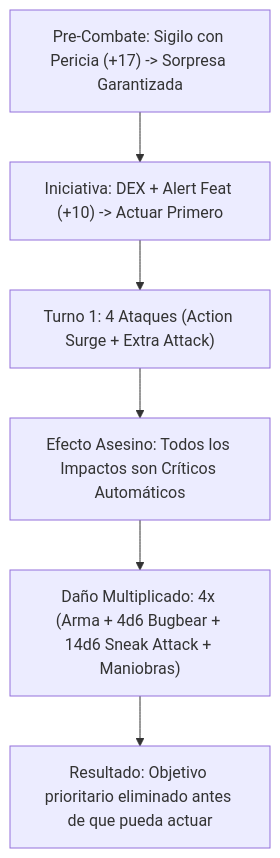
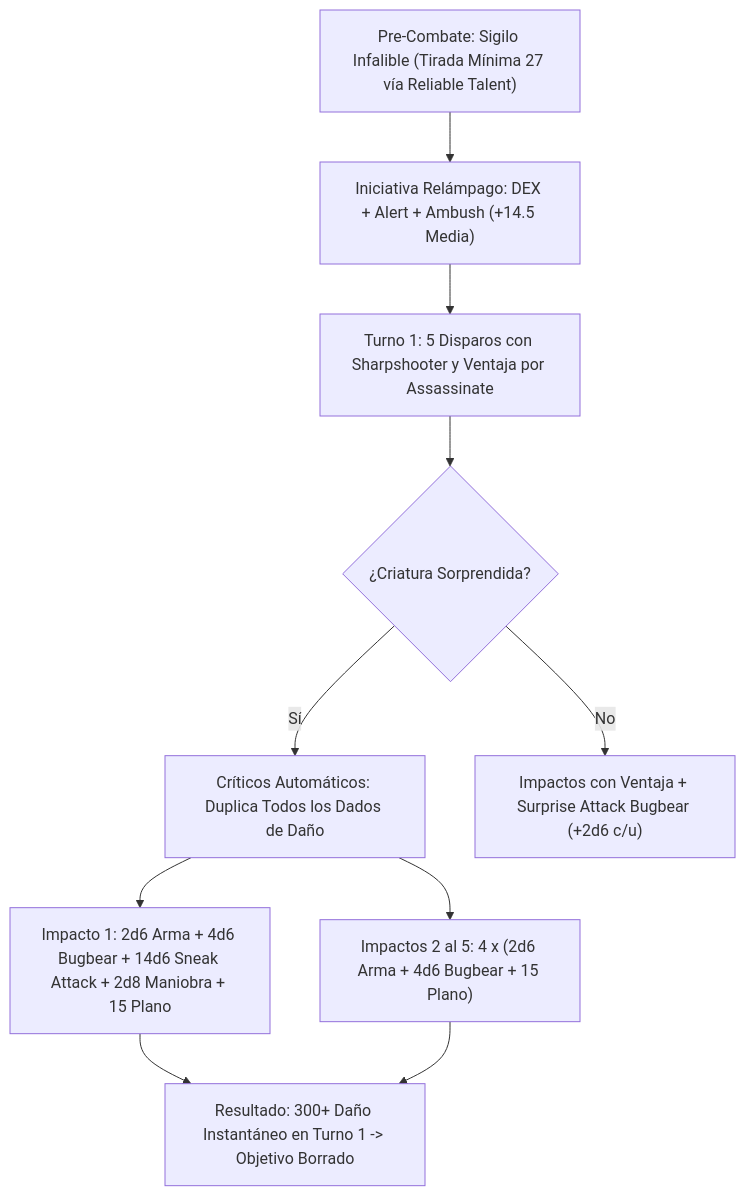
One commit to Ranko1911/DnD-Builds changed the diagram in builds/super sneaker life deleter/character guide.md. Above: the diagram before and after it, drawn with Mermaid. The commit also changed other lines of this file and 205 other files, not shown here.

````diff
--- a/builds/super sneaker life deleter/character guide.md
+++ b/builds/super sneaker life deleter/character guide.md
@@ -57,8 +69,11 @@
 ```mermaid
 flowchart TD
-    A["Pre-Combate: Sigilo con Pericia (+17) -> Sorpresa Garantizada"] --> B["Iniciativa: DEX + Alert Feat (+10) -> Actuar Primero"]
-    B --> C["Turno 1: 4 Ataques (Action Surge + Extra Attack)"]
-    C --> D["Efecto Asesino: Todos los Impactos son Críticos Automáticos"]
-    D --> E["Daño Multiplicado: 4x (Arma + 4d6 Bugbear + 14d6 Sneak Attack + Maniobras)"]
-    E --> F["Resultado: Objetivo prioritario eliminado antes de que pueda actuar"]
+    A["Pre-Combate: Sigilo Infalible (Tirada Mínima 27 vía Reliable Talent)"] --> B["Iniciativa Relámpago: DEX + Alert + Ambush (+14.5 Media)"]
+    B --> C["Turno 1: 5 Disparos con Sharpshooter y Ventaja por Assassinate"]
+    C --> D{"¿Criatura Sorprendida?"}
+    D -- Sí --> E["Críticos Automáticos: Duplica Todos los Dados de Daño"]
+    D -- No --> F["Impactos con Ventaja + Surprise Attack Bugbear (+2d6 c/u)"]
+    E --> G["Impacto 1: 2d6 Arma + 4d6 Bugbear + 14d6 Sneak Attack + 2d8 Maniobra + 15 Plano"]
+    E --> H["Impactos 2 al 5: 4 x (2d6 Arma + 4d6 Bugbear + 15 Plano)"]
+    G & H --> I["Resultado: 300+ Daño Instantáneo en Turno 1 -> Objetivo Borrado"]
 ```
````
